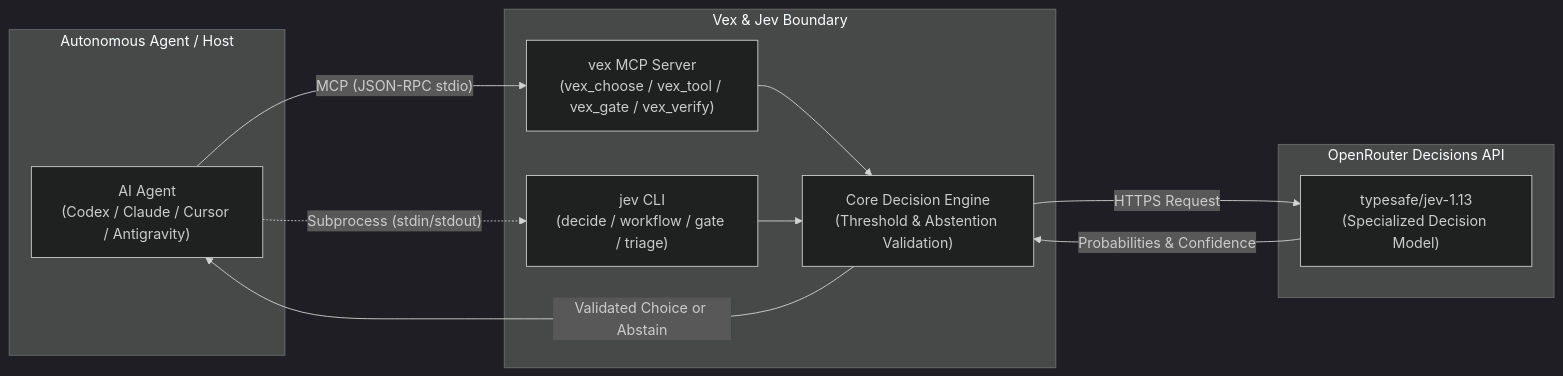
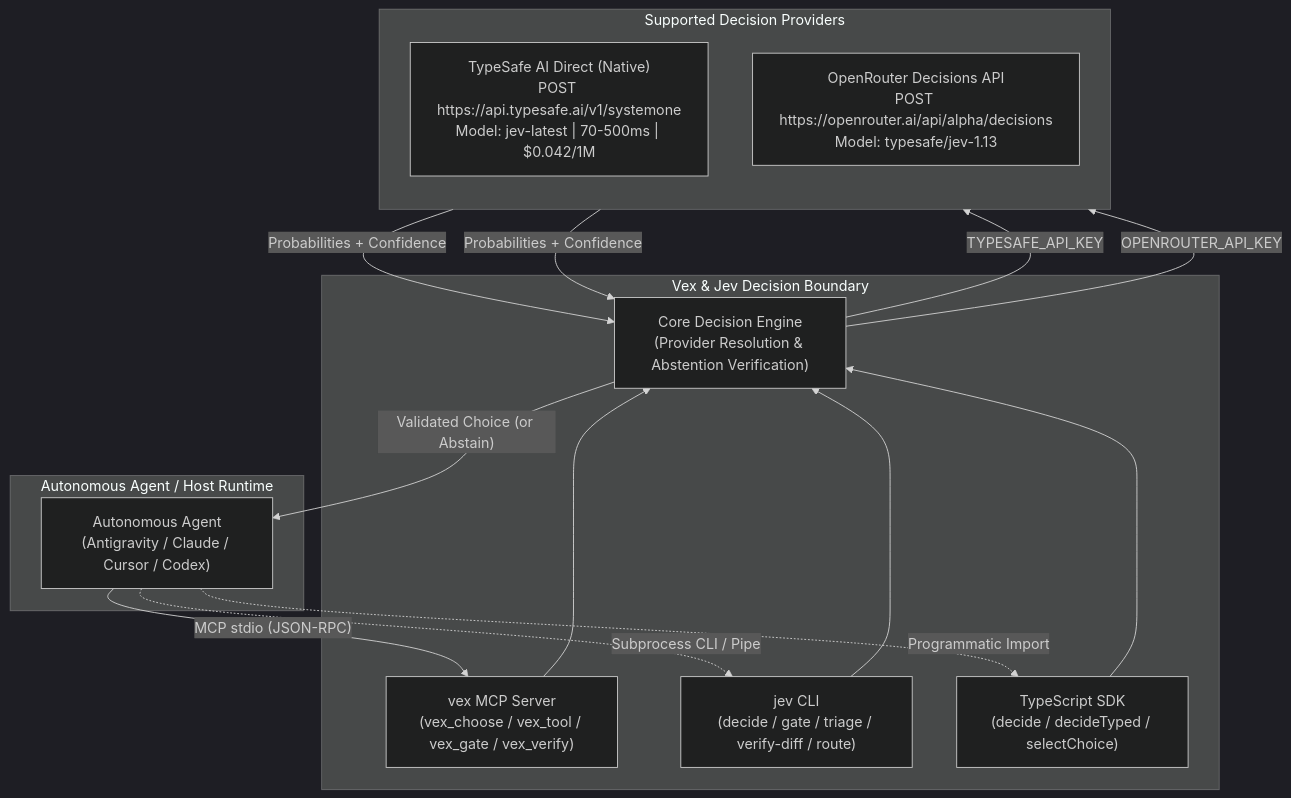
One commit to SideArker/Vex changed the diagram in README.md. Above: the diagram before and after it, drawn with Mermaid (dark theme). The commit also changed other lines of this file, not shown here.

Commit message:
docs: craft comprehensive showcase README with dual-provider architecture

````diff
--- a/README.md
+++ b/README.md
@@ -30,24 +38,35 @@
 ```mermaid
-flowchart LR
-    subgraph AgentRuntime["Autonomous Agent / Host"]
-        Agent["AI Agent\n(Codex / Claude / Cursor / Antigravity)"]
+flowchart TD
+    subgraph AgentRuntime["Autonomous Agent / Host Runtime"]
+        Agent["Autonomous Agent\n(Antigravity / Claude / Cursor / Codex)"]
     end
 
-    subgraph VexPackage["Vex & Jev Boundary"]
+    subgraph VexPackage["Vex & Jev Decision Boundary"]
         MCP["vex MCP Server\n(vex_choose / vex_tool / vex_gate / vex_verify)"]
-        CLI["jev CLI\n(decide / workflow / gate / triage)"]
-        Engine["Core Decision Engine\n(Threshold & Abstention Validation)"]
+        CLI["jev CLI\n(decide / gate / triage / verify-diff / route)"]
+        SDK["TypeScript SDK\n(decide / decideTyped / selectChoice)"]
+        Engine["Core Decision Engine\n(Provider Resolution & Abstention Verification)"]
     end
 
-    subgraph Remote["OpenRouter Decisions API"]
-        JevModel["typesafe/jev-1.13\n(Specialized Decision Model)"]
+    subgraph Providers["Supported Decision Providers"]
+        direction TB
+        TypeSafe["TypeSafe AI Direct (Native)\nPOST https://api.typesafe.ai/v1/systemone\nModel: jev-latest | 70-500ms | $0.042/1M"]
+        OpenRouter["OpenRouter Decisions API\nPOST https://openrouter.ai/api/alpha/decisions\nModel: typesafe/jev-1.13"]
     end
 
-    Agent -->|"MCP (JSON-RPC stdio)"| MCP
-    Agent -.->|"Subprocess (stdin/stdout)"| CLI
+    Agent -->|"MCP stdio (JSON-RPC)"| MCP
+    Agent -.->|"Subprocess CLI / Pipe"| CLI
+    Agent -.->|"Programmatic Import"| SDK
+
     MCP --> Engine
     CLI --> Engine
-    Engine -->|"HTTPS Request"| JevModel
-    JevModel -->|"Probabilities & Confidence"| Engine
-    Engine -->|"Validated Choice or Abstain"| Agent
+    SDK --> Engine
+
+    Engine -->|"TYPESAFE_API_KEY"| TypeSafe
+    Engine -->|"OPENROUTER_API_KEY"| OpenRouter
+
+    TypeSafe -->|"Probabilities + Confidence"| Engine
+    OpenRouter -->|"Probabilities + Confidence"| Engine
+
+    Engine -->|"Validated Choice (or Abstain)"| Agent
 ```
````
